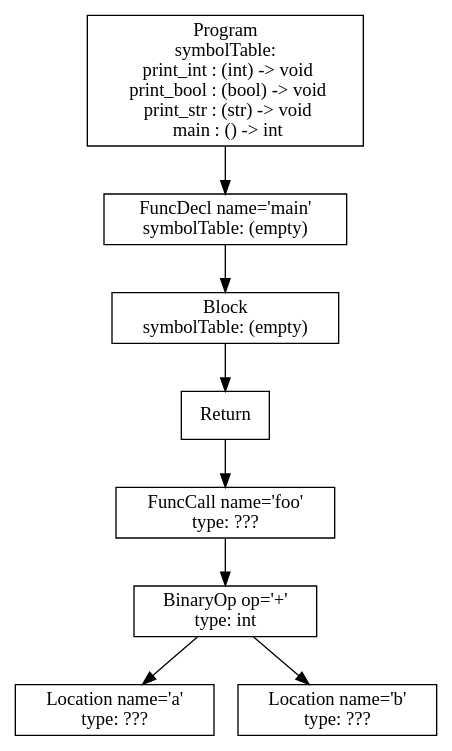
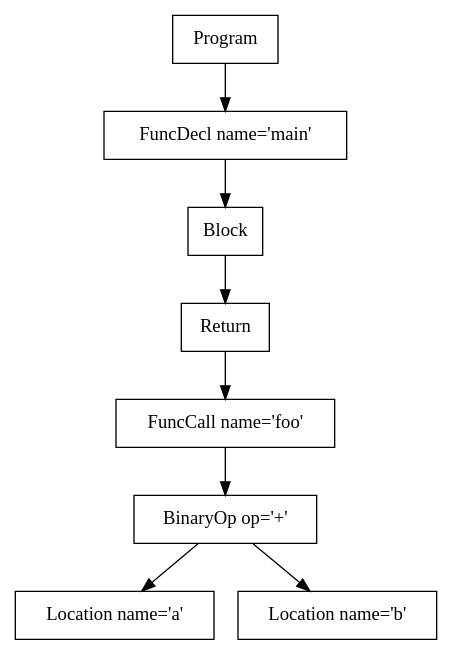
One commit to phamml/p2-parser changed the diagram in tree.dot. Above: the diagram before and after it, drawn with Graphviz. The commit also changed 11 other files, not shown here.

Commit message:
passing integration tests and implements funcCall and args

```diff
--- a/tree.dot
+++ b/tree.dot
@@ -1,17 +1,17 @@
 digraph AST {
-6 [shape=box, label="Location name='a'\ntype: ???"];
-7 [shape=box, label="Location name='b'\ntype: ???"];
-5 [shape=box, label="BinaryOp op='+'\ntype: int"];
+6 [shape=box, label="Location name='a'"];
+7 [shape=box, label="Location name='b'"];
+5 [shape=box, label="BinaryOp op='+'"];
 5 -> 6;
 5 -> 7;
-4 [shape=box, label="FuncCall name='foo'\ntype: ???"];
+4 [shape=box, label="FuncCall name='foo'"];
 4 -> 5;
 3 [shape=box, label="Return"];
 3 -> 4;
-2 [shape=box, label="Block\nsymbolTable: (empty)"];
+2 [shape=box, label="Block"];
 2 -> 3;
-1 [shape=box, label="FuncDecl name='main'\nsymbolTable: (empty)"];
+1 [shape=box, label="FuncDecl name='main'"];
 1 -> 2;
-0 [shape=box, label="Program\nsymbolTable: \n  print_int : (int) -> void\n  print_bool : (bool) -> void\n  print_str : (str) -> void\n  main : () -> int"];
+0 [shape=box, label="Program"];
 0 -> 1;
 }
```
